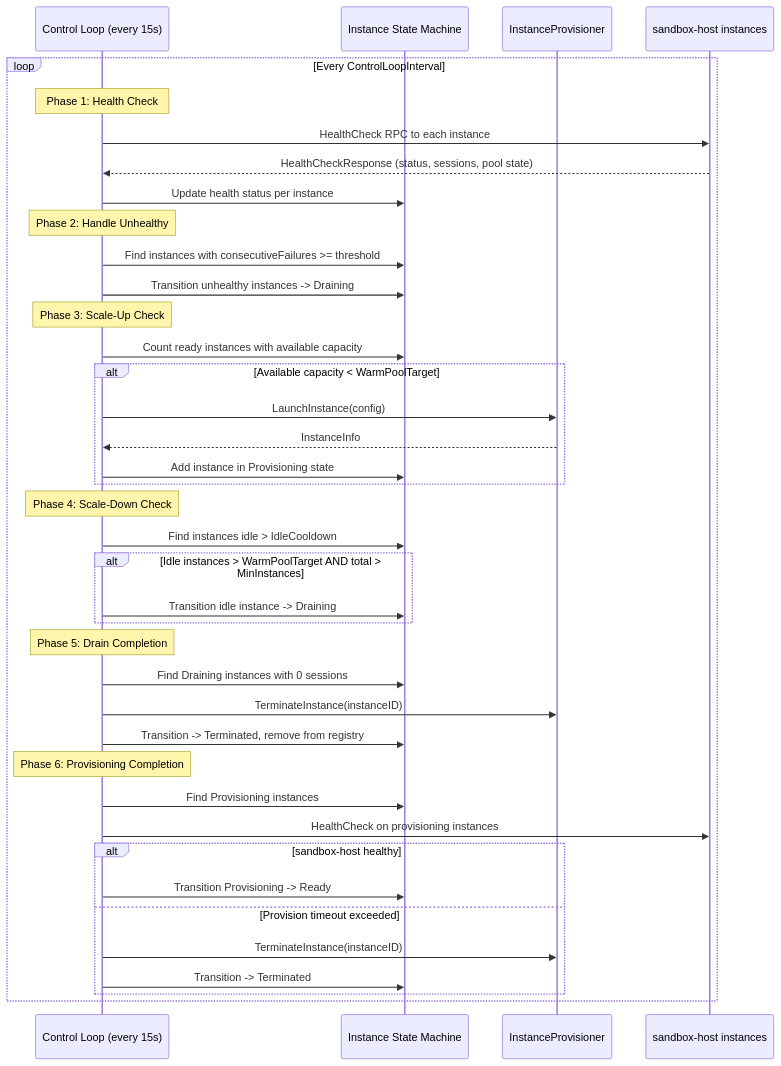
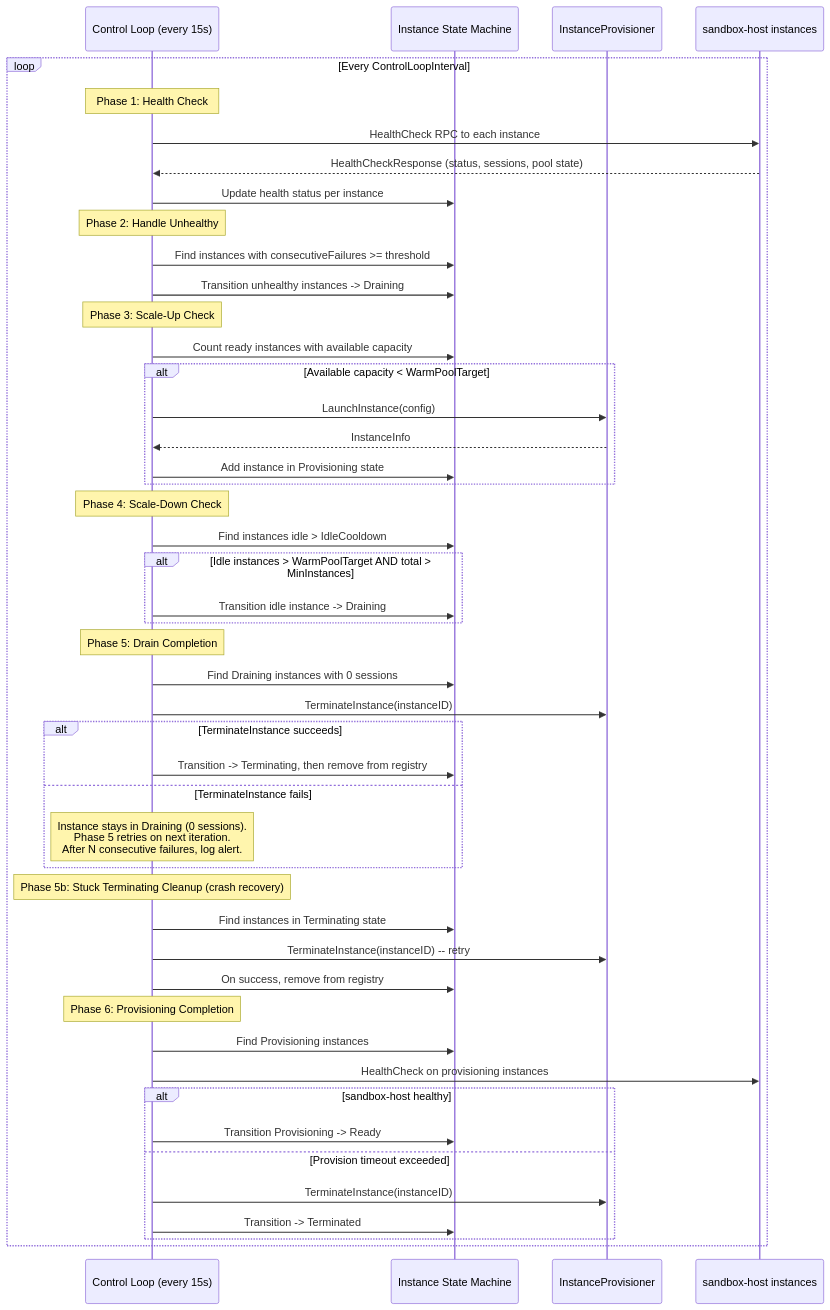
One commit to dcosson/flex-agent-runtime changed the third of 4 diagrams in docs/plans/20-fleet-management.md. Above: the diagram before and after it, drawn with Mermaid. The commit also changed other lines of this file and 2 other files, not shown here.

````diff
--- a/docs/plans/20-fleet-management.md
+++ b/docs/plans/20-fleet-management.md
@@ -596,47 +651,56 @@
 ```mermaid
 sequenceDiagram
     participant CL as Control Loop (every 15s)
     participant ISM as Instance State Machine
     participant IP as InstanceProvisioner
     participant SH as sandbox-host instances
 
     loop Every ControlLoopInterval
         Note over CL: Phase 1: Health Check
         CL->>SH: HealthCheck RPC to each instance
         SH-->>CL: HealthCheckResponse (status, sessions, pool state)
         CL->>ISM: Update health status per instance
 
         Note over CL: Phase 2: Handle Unhealthy
         CL->>ISM: Find instances with consecutiveFailures >= threshold
         CL->>ISM: Transition unhealthy instances -> Draining
 
         Note over CL: Phase 3: Scale-Up Check
         CL->>ISM: Count ready instances with available capacity
         alt Available capacity < WarmPoolTarget
             CL->>IP: LaunchInstance(config)
             IP-->>CL: InstanceInfo
             CL->>ISM: Add instance in Provisioning state
         end
 
         Note over CL: Phase 4: Scale-Down Check
         CL->>ISM: Find instances idle > IdleCooldown
         alt Idle instances > WarmPoolTarget AND total > MinInstances
             CL->>ISM: Transition idle instance -> Draining
         end
 
         Note over CL: Phase 5: Drain Completion
         CL->>ISM: Find Draining instances with 0 sessions
         CL->>IP: TerminateInstance(instanceID)
-        CL->>ISM: Transition -> Terminated, remove from registry
+        alt TerminateInstance succeeds
+            CL->>ISM: Transition -> Terminating, then remove from registry
+        else TerminateInstance fails
+            Note over CL: Instance stays in Draining (0 sessions).<br/>Phase 5 retries on next iteration.<br/>After N consecutive failures, log alert.
+        end
+
+        Note over CL: Phase 5b: Stuck Terminating Cleanup (crash recovery)
+        CL->>ISM: Find instances in Terminating state
+        CL->>IP: TerminateInstance(instanceID) -- retry
+        CL->>ISM: On success, remove from registry
 
         Note over CL: Phase 6: Provisioning Completion
         CL->>ISM: Find Provisioning instances
         CL->>SH: HealthCheck on provisioning instances
         alt sandbox-host healthy
             CL->>ISM: Transition Provisioning -> Ready
         else Provision timeout exceeded
             CL->>IP: TerminateInstance(instanceID)
             CL->>ISM: Transition -> Terminated
         end
     end
 ```
````
